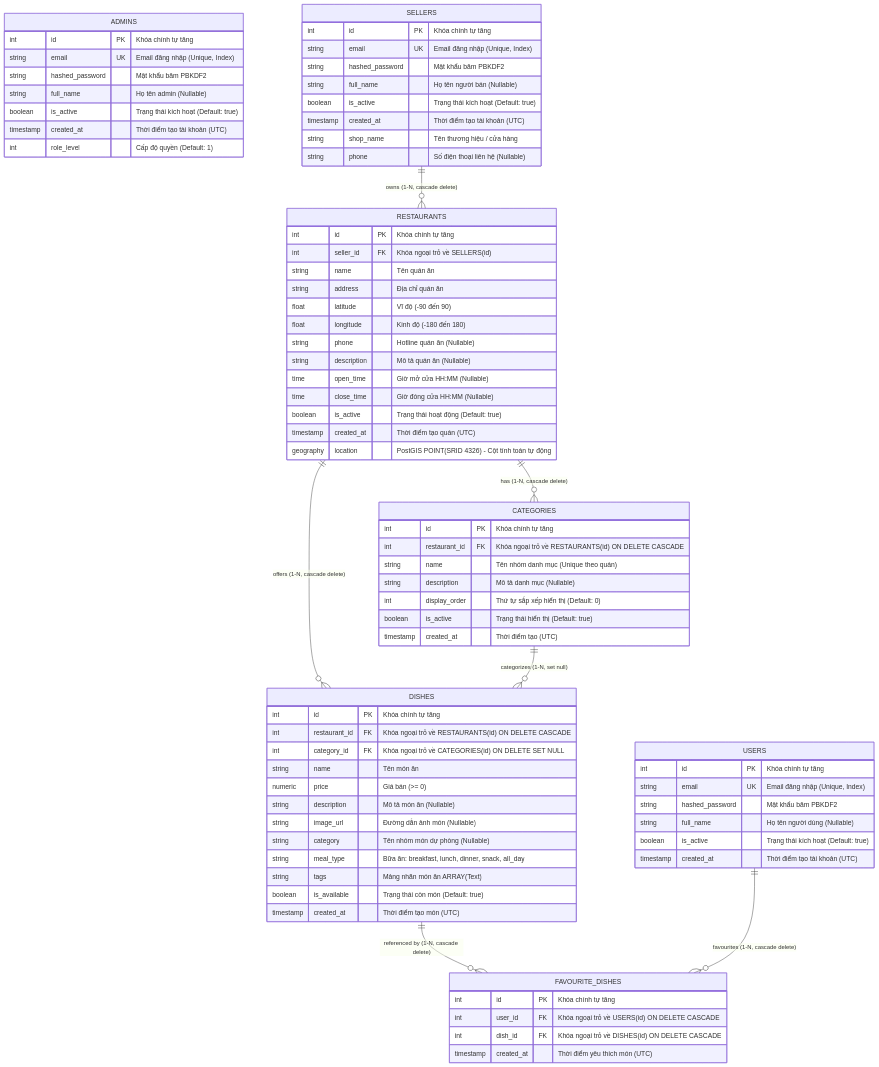
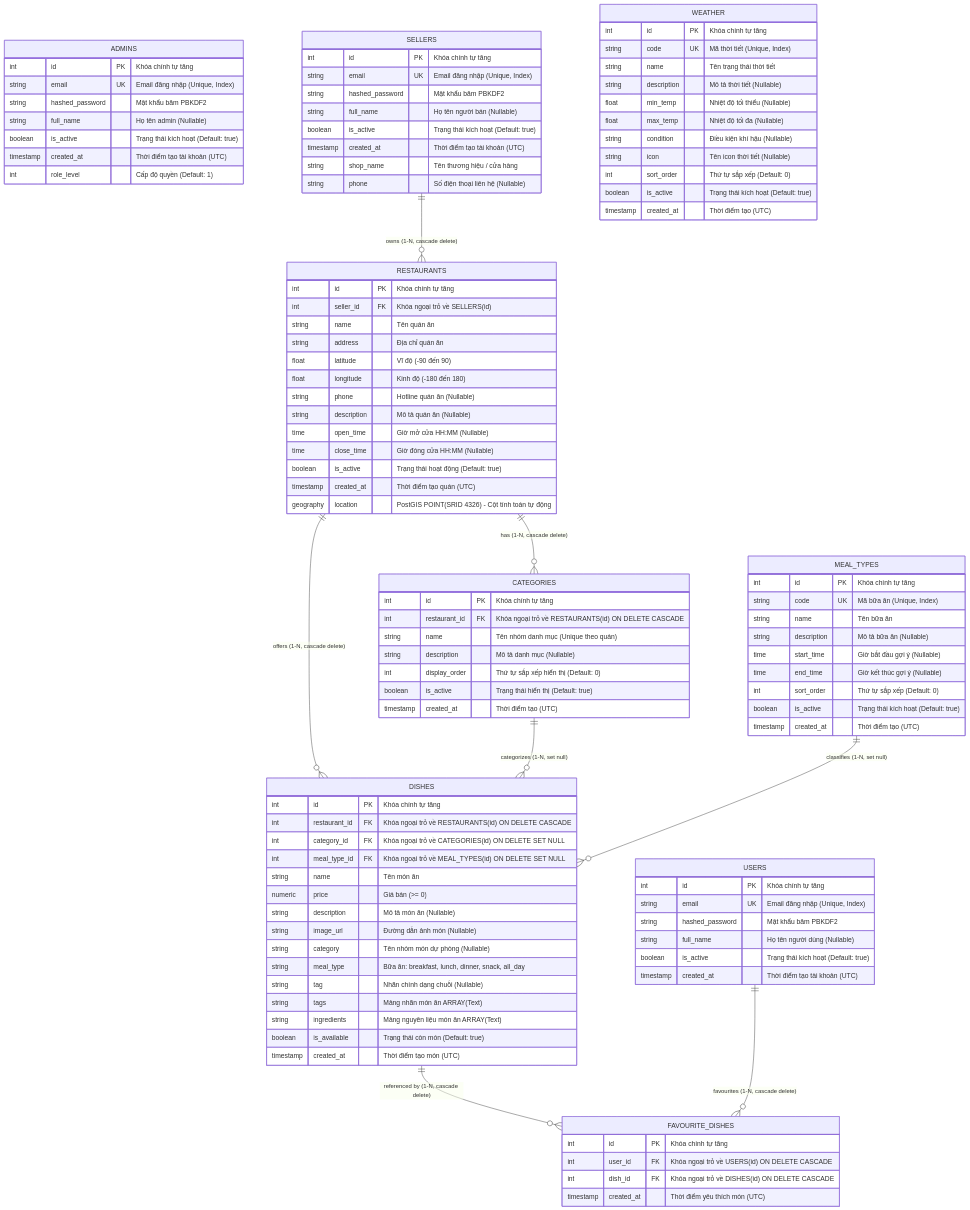
Before and after one commit to TrnThanh/Test: the diagram in docs/database.md, drawn with Mermaid. The commit also changed other lines of this file and 35 other files, not shown here.

Commit message:
feat: complete dish, weather, meal type features and docs

```diff
--- a/docs/database.md
+++ b/docs/database.md
@@ -84,18 +84,48 @@
         timestamp created_at "Thời điểm tạo (UTC)"
     }
 
+    MEAL_TYPES ||--o{ DISHES : "classifies (1-N, set null)"
+    MEAL_TYPES {
+        int id PK "Khóa chính tự tăng"
+        string code UK "Mã bữa ăn (Unique, Index)"
+        string name "Tên bữa ăn"
+        string description "Mô tả bữa ăn (Nullable)"
+        time start_time "Giờ bắt đầu gợi ý (Nullable)"
+        time end_time "Giờ kết thúc gợi ý (Nullable)"
+        int sort_order "Thứ tự sắp xếp (Default: 0)"
+        boolean is_active "Trạng thái kích hoạt (Default: true)"
+        timestamp created_at "Thời điểm tạo (UTC)"
+    }
+
+    WEATHER {
+        int id PK "Khóa chính tự tăng"
+        string code UK "Mã thời tiết (Unique, Index)"
+        string name "Tên trạng thái thời tiết"
+        string description "Mô tả thời tiết (Nullable)"
+        float min_temp "Nhiệt độ tối thiểu (Nullable)"
+        float max_temp "Nhiệt độ tối đa (Nullable)"
+        string condition "Điều kiện khí hậu (Nullable)"
+        string icon "Tên icon thời tiết (Nullable)"
+        int sort_order "Thứ tự sắp xếp (Default: 0)"
+        boolean is_active "Trạng thái kích hoạt (Default: true)"
+        timestamp created_at "Thời điểm tạo (UTC)"
+    }
+
     DISHES ||--o{ FAVOURITE_DISHES : "referenced by (1-N, cascade delete)"
     DISHES {
         int id PK "Khóa chính tự tăng"
         int restaurant_id FK "Khóa ngoại trỏ về RESTAURANTS(id) ON DELETE CASCADE"
         int category_id FK "Khóa ngoại trỏ về CATEGORIES(id) ON DELETE SET NULL"
+        int meal_type_id FK "Khóa ngoại trỏ về MEAL_TYPES(id) ON DELETE SET NULL"
         string name "Tên món ăn"
         numeric price "Giá bán (>= 0)"
         string description "Mô tả món ăn (Nullable)"
         string image_url "Đường dẫn ảnh món (Nullable)"
         string category "Tên nhóm món dự phòng (Nullable)"
         string meal_type "Bữa ăn: breakfast, lunch, dinner, snack, all_day"
+        string tag "Nhãn chính dạng chuỗi (Nullable)"
         string tags "Mảng nhãn món ăn ARRAY(Text)"
+        string ingredients "Mảng nguyên liệu món ăn ARRAY(Text)"
         boolean is_available "Trạng thái còn món (Default: true)"
         timestamp created_at "Thời điểm tạo món (UTC)"
     }
```
